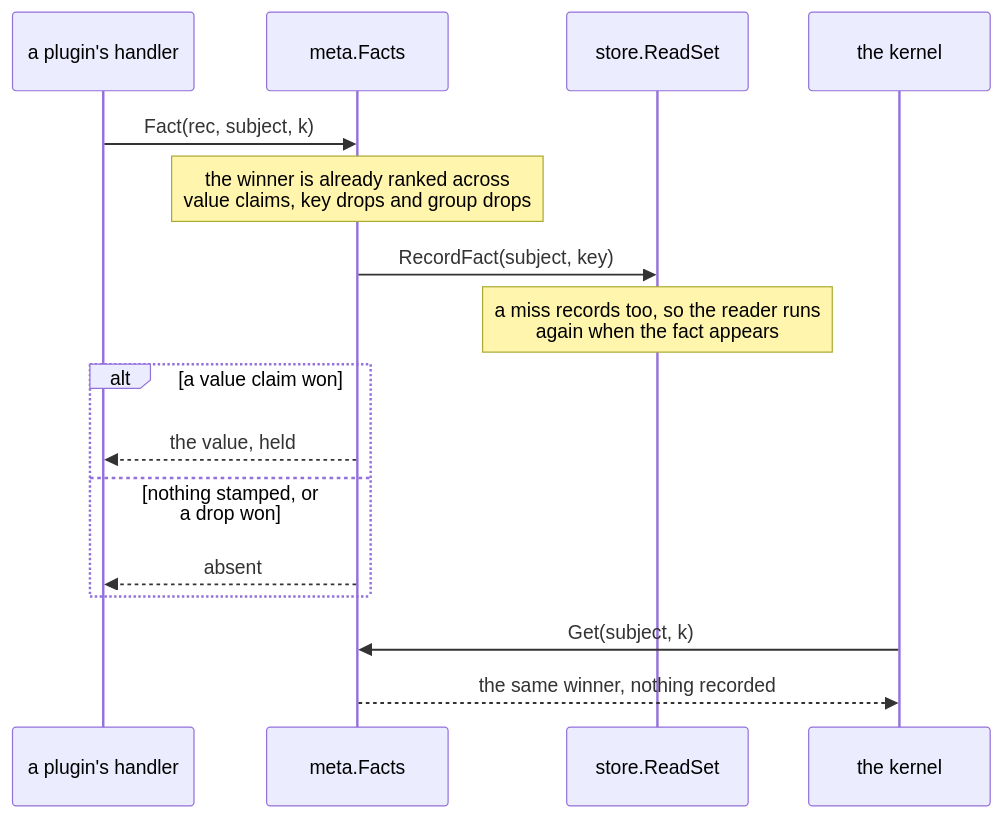
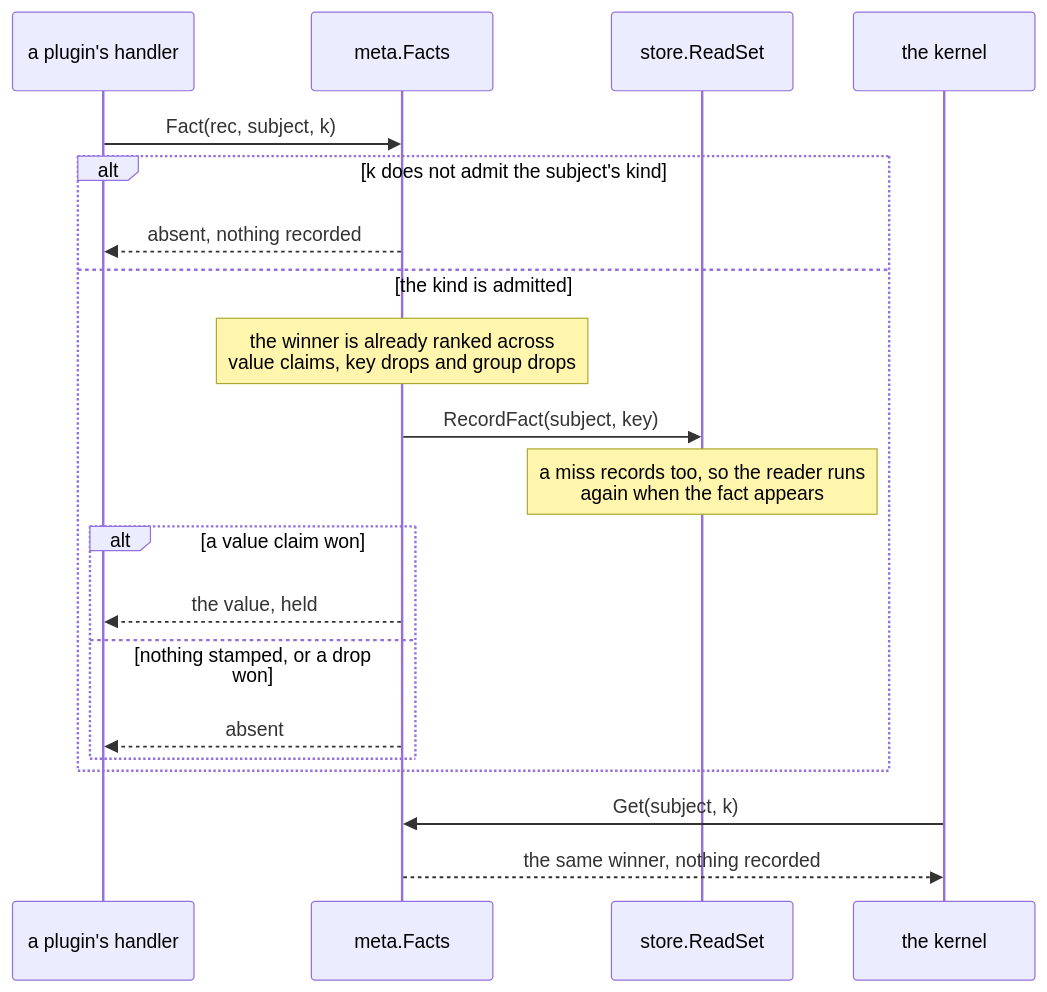
One commit to dokimasia/eidos changed the second of 2 diagrams in docs/rfc/0004-metadata-facts.md. Above: the diagram before and after it, drawn with Mermaid. The commit also changed other lines of this file and 2 other files, not shown here.

Commit message:
docs: state the fact-read, link and rules-suite contracts in the RFCs
- State in RFC-0004 that a fact read on a kind the key does not
  admit reads absent and records nothing: in the Fact docblock, the
  read grain and the sequence diagram.
- State in RFC-0013 that Resolve returns Candidates in shadowing
  tiers, that ImportScope includes the enclosing Owner, and how Link
  walks declarations, targets type parameters and reads the tiers.
- State in RFC-0014 that the fold projects a reference to a type
  parameter as Opaque, and list the rules suite's checks as they
  run, AssertWitnesses among them.

````diff
--- a/docs/rfc/0004-metadata-facts.md
+++ b/docs/rfc/0004-metadata-facts.md
@@ -364,19 +369,23 @@
 ```mermaid
 sequenceDiagram
     participant PL as a plugin's handler
     participant F as meta.Facts
     participant RS as store.ReadSet
     participant K as the kernel
 
     PL->>F: Fact(rec, subject, k)
-    Note over F: the winner is already ranked across<br/>value claims, key drops and group drops
-    F->>RS: RecordFact(subject, key)
-    Note over RS: a miss records too, so the reader runs<br/>again when the fact appears
-    alt a value claim won
-        F-->>PL: the value, held
-    else nothing stamped, or a drop won
-        F-->>PL: absent
+    alt k does not admit the subject's kind
+        F-->>PL: absent, nothing recorded
+    else the kind is admitted
+        Note over F: the winner is already ranked across<br/>value claims, key drops and group drops
+        F->>RS: RecordFact(subject, key)
+        Note over RS: a miss records too, so the reader runs<br/>again when the fact appears
+        alt a value claim won
+            F-->>PL: the value, held
+        else nothing stamped, or a drop won
+            F-->>PL: absent
+        end
     end
     K->>F: Get(subject, k)
     F-->>K: the same winner, nothing recorded
 ```
````
